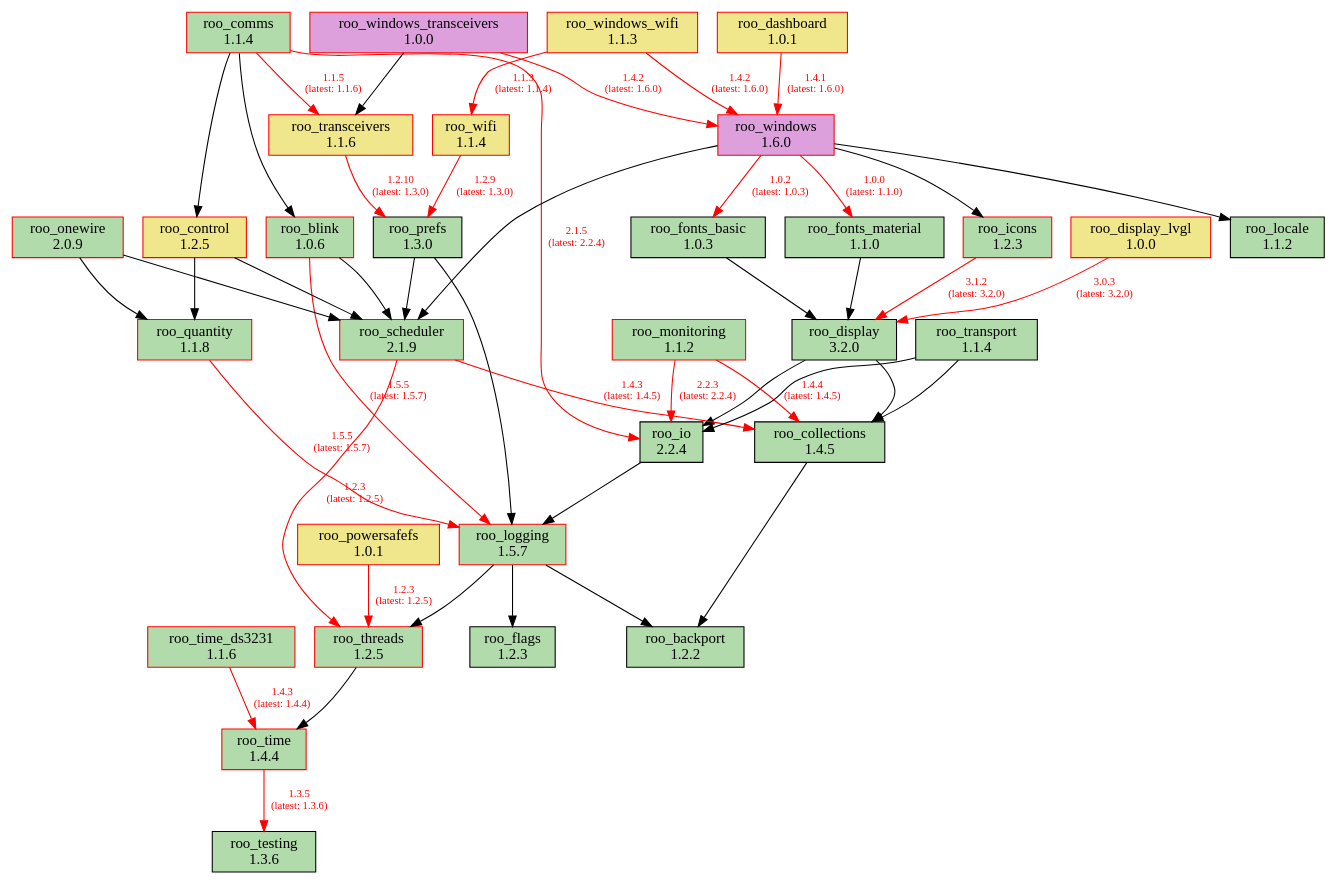
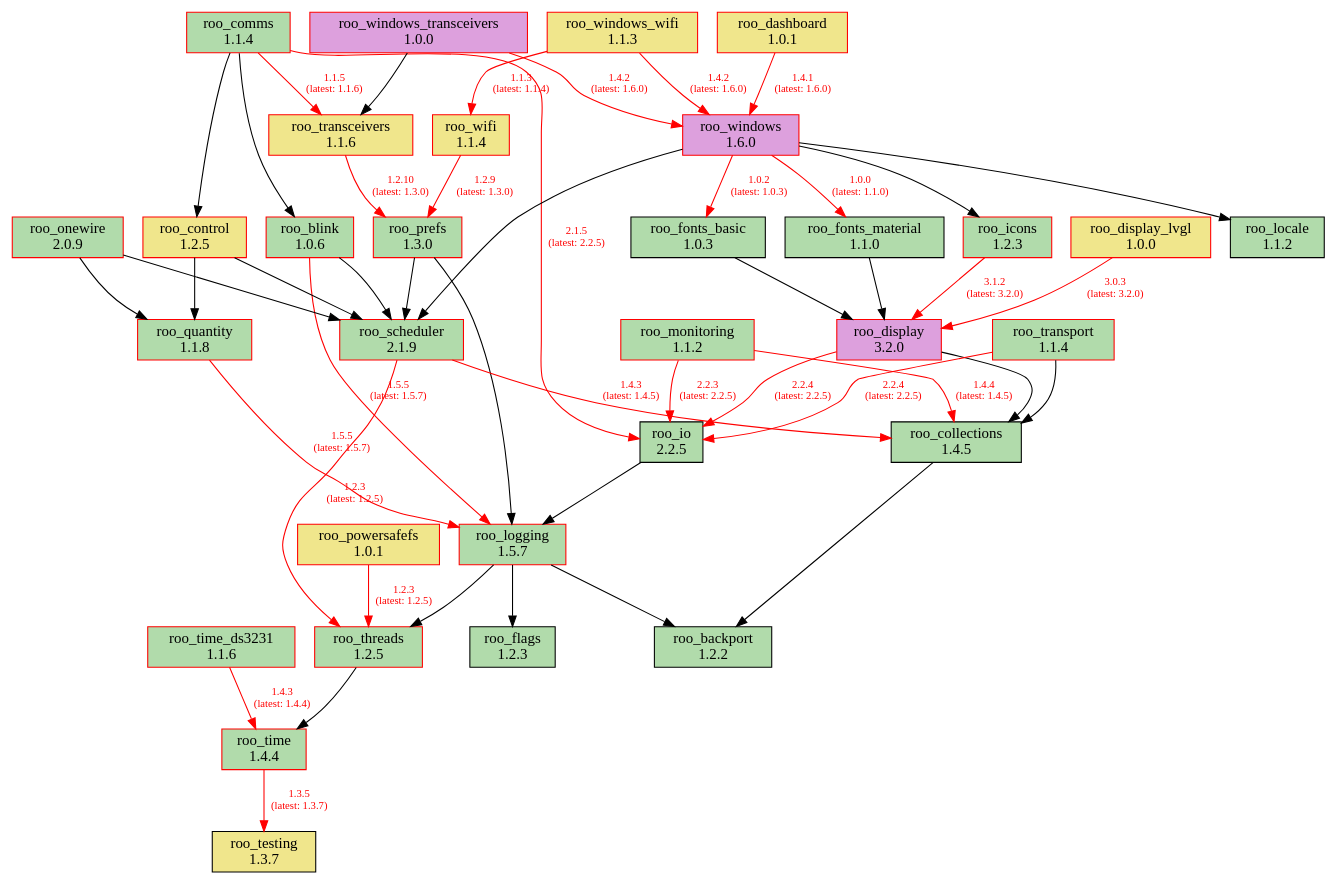
One commit to dejwk/roo-registry changed the diagram in doc/dependencies.dot. Above: the diagram before and after it, drawn with Graphviz. The commit also changed 3 other files, not shown here.

```diff
--- a/doc/dependencies.dot
+++ b/doc/dependencies.dot
@@ -1,86 +1,86 @@
 digraph dependencies {
     rankdir=TB;
     node [shape=box, style=filled];
     edge [fontsize=10];
 
     // Modules
     "roo_backport" [label="roo_backport\n1.2.2", fillcolor="#b1dbab", color="black"];
     "roo_blink" [label="roo_blink\n1.0.6", fillcolor="#b1dbab", color="red"];
     "roo_collections" [label="roo_collections\n1.4.5", fillcolor="#b1dbab", color="black"];
     "roo_comms" [label="roo_comms\n1.1.4", fillcolor="#b1dbab", color="red"];
     "roo_control" [label="roo_control\n1.2.5", fillcolor="khaki", color="red"];
     "roo_dashboard" [label="roo_dashboard\n1.0.1", fillcolor="khaki", color="red"];
-    "roo_display" [label="roo_display\n3.2.0", fillcolor="#b1dbab", color="black"];
+    "roo_display" [label="roo_display\n3.2.0", fillcolor="plum", color="red"];
     "roo_display_lvgl" [label="roo_display_lvgl\n1.0.0", fillcolor="khaki", color="red"];
     "roo_flags" [label="roo_flags\n1.2.3", fillcolor="#b1dbab", color="black"];
     "roo_fonts_basic" [label="roo_fonts_basic\n1.0.3", fillcolor="#b1dbab", color="black"];
     "roo_fonts_material" [label="roo_fonts_material\n1.1.0", fillcolor="#b1dbab", color="black"];
     "roo_icons" [label="roo_icons\n1.2.3", fillcolor="#b1dbab", color="red"];
-    "roo_io" [label="roo_io\n2.2.4", fillcolor="#b1dbab", color="black"];
+    "roo_io" [label="roo_io\n2.2.5", fillcolor="#b1dbab", color="black"];
     "roo_locale" [label="roo_locale\n1.1.2", fillcolor="#b1dbab", color="black"];
     "roo_logging" [label="roo_logging\n1.5.7", fillcolor="#b1dbab", color="red"];
     "roo_monitoring" [label="roo_monitoring\n1.1.2", fillcolor="#b1dbab", color="red"];
     "roo_onewire" [label="roo_onewire\n2.0.9", fillcolor="#b1dbab", color="red"];
     "roo_powersafefs" [label="roo_powersafefs\n1.0.1", fillcolor="khaki", color="red"];
-    "roo_prefs" [label="roo_prefs\n1.3.0", fillcolor="#b1dbab", color="black"];
+    "roo_prefs" [label="roo_prefs\n1.3.0", fillcolor="#b1dbab", color="red"];
     "roo_quantity" [label="roo_quantity\n1.1.8", fillcolor="#b1dbab", color="red"];
     "roo_scheduler" [label="roo_scheduler\n2.1.9", fillcolor="#b1dbab", color="red"];
-    "roo_testing" [label="roo_testing\n1.3.6", fillcolor="#b1dbab", color="black"];
+    "roo_testing" [label="roo_testing\n1.3.7", fillcolor="khaki", color="black"];
     "roo_threads" [label="roo_threads\n1.2.5", fillcolor="#b1dbab", color="red"];
     "roo_time" [label="roo_time\n1.4.4", fillcolor="#b1dbab", color="red"];
     "roo_time_ds3231" [label="roo_time_ds3231\n1.1.6", fillcolor="#b1dbab", color="red"];
     "roo_transceivers" [label="roo_transceivers\n1.1.6", fillcolor="khaki", color="red"];
-    "roo_transport" [label="roo_transport\n1.1.4", fillcolor="#b1dbab", color="black"];
+    "roo_transport" [label="roo_transport\n1.1.4", fillcolor="#b1dbab", color="red"];
     "roo_wifi" [label="roo_wifi\n1.1.4", fillcolor="khaki", color="red"];
     "roo_windows" [label="roo_windows\n1.6.0", fillcolor="plum", color="red"];
     "roo_windows_transceivers" [label="roo_windows_transceivers\n1.0.0", fillcolor="plum", color="red"];
     "roo_windows_wifi" [label="roo_windows_wifi\n1.1.3", fillcolor="khaki", color="red"];
 
     // Dependencies
     "roo_blink" -> "roo_logging" [color=red, fontcolor=red, label="1.5.5\n(latest: 1.5.7)"];
     "roo_blink" -> "roo_scheduler";
     "roo_collections" -> "roo_backport";
     "roo_comms" -> "roo_blink";
     "roo_comms" -> "roo_control";
-    "roo_comms" -> "roo_io" [color=red, fontcolor=red, label="2.1.5\n(latest: 2.2.4)"];
+    "roo_comms" -> "roo_io" [color=red, fontcolor=red, label="2.1.5\n(latest: 2.2.5)"];
     "roo_comms" -> "roo_transceivers" [color=red, fontcolor=red, label="1.1.5\n(latest: 1.1.6)"];
     "roo_control" -> "roo_quantity";
     "roo_control" -> "roo_scheduler";
     "roo_dashboard" -> "roo_windows" [color=red, fontcolor=red, label="1.4.1\n(latest: 1.6.0)"];
     "roo_display" -> "roo_collections";
-    "roo_display" -> "roo_io";
+    "roo_display" -> "roo_io" [color=red, fontcolor=red, label="2.2.4\n(latest: 2.2.5)"];
     "roo_display_lvgl" -> "roo_display" [color=red, fontcolor=red, label="3.0.3\n(latest: 3.2.0)"];
     "roo_fonts_basic" -> "roo_display";
     "roo_fonts_material" -> "roo_display";
     "roo_icons" -> "roo_display" [color=red, fontcolor=red, label="3.1.2\n(latest: 3.2.0)"];
     "roo_io" -> "roo_logging";
     "roo_logging" -> "roo_backport";
     "roo_logging" -> "roo_flags";
     "roo_logging" -> "roo_threads";
     "roo_monitoring" -> "roo_collections" [color=red, fontcolor=red, label="1.4.4\n(latest: 1.4.5)"];
-    "roo_monitoring" -> "roo_io" [color=red, fontcolor=red, label="2.2.3\n(latest: 2.2.4)"];
+    "roo_monitoring" -> "roo_io" [color=red, fontcolor=red, label="2.2.3\n(latest: 2.2.5)"];
     "roo_onewire" -> "roo_scheduler";
     "roo_onewire" -> "roo_quantity";
     "roo_powersafefs" -> "roo_threads" [color=red, fontcolor=red, label="1.2.3\n(latest: 1.2.5)"];
     "roo_prefs" -> "roo_logging";
     "roo_prefs" -> "roo_scheduler";
     "roo_quantity" -> "roo_logging" [color=red, fontcolor=red, label="1.5.5\n(latest: 1.5.7)"];
     "roo_scheduler" -> "roo_collections" [color=red, fontcolor=red, label="1.4.3\n(latest: 1.4.5)"];
     "roo_scheduler" -> "roo_threads" [color=red, fontcolor=red, label="1.2.3\n(latest: 1.2.5)"];
     "roo_threads" -> "roo_time";
-    "roo_time" -> "roo_testing" [color=red, fontcolor=red, label="1.3.5\n(latest: 1.3.6)"];
+    "roo_time" -> "roo_testing" [color=red, fontcolor=red, label="1.3.5\n(latest: 1.3.7)"];
     "roo_time_ds3231" -> "roo_time" [color=red, fontcolor=red, label="1.4.3\n(latest: 1.4.4)"];
     "roo_transceivers" -> "roo_prefs" [color=red, fontcolor=red, label="1.2.10\n(latest: 1.3.0)"];
     "roo_transport" -> "roo_collections";
-    "roo_transport" -> "roo_io";
+    "roo_transport" -> "roo_io" [color=red, fontcolor=red, label="2.2.4\n(latest: 2.2.5)"];
     "roo_wifi" -> "roo_prefs" [color=red, fontcolor=red, label="1.2.9\n(latest: 1.3.0)"];
     "roo_windows" -> "roo_fonts_basic" [color=red, fontcolor=red, label="1.0.2\n(latest: 1.0.3)"];
     "roo_windows" -> "roo_fonts_material" [color=red, fontcolor=red, label="1.0.0\n(latest: 1.1.0)"];
     "roo_windows" -> "roo_locale";
     "roo_windows" -> "roo_icons";
     "roo_windows" -> "roo_scheduler";
     "roo_windows_transceivers" -> "roo_transceivers";
     "roo_windows_transceivers" -> "roo_windows" [color=red, fontcolor=red, label="1.4.2\n(latest: 1.6.0)"];
     "roo_windows_wifi" -> "roo_wifi" [color=red, fontcolor=red, label="1.1.3\n(latest: 1.1.4)"];
     "roo_windows_wifi" -> "roo_windows" [color=red, fontcolor=red, label="1.4.2\n(latest: 1.6.0)"];
 }
```
